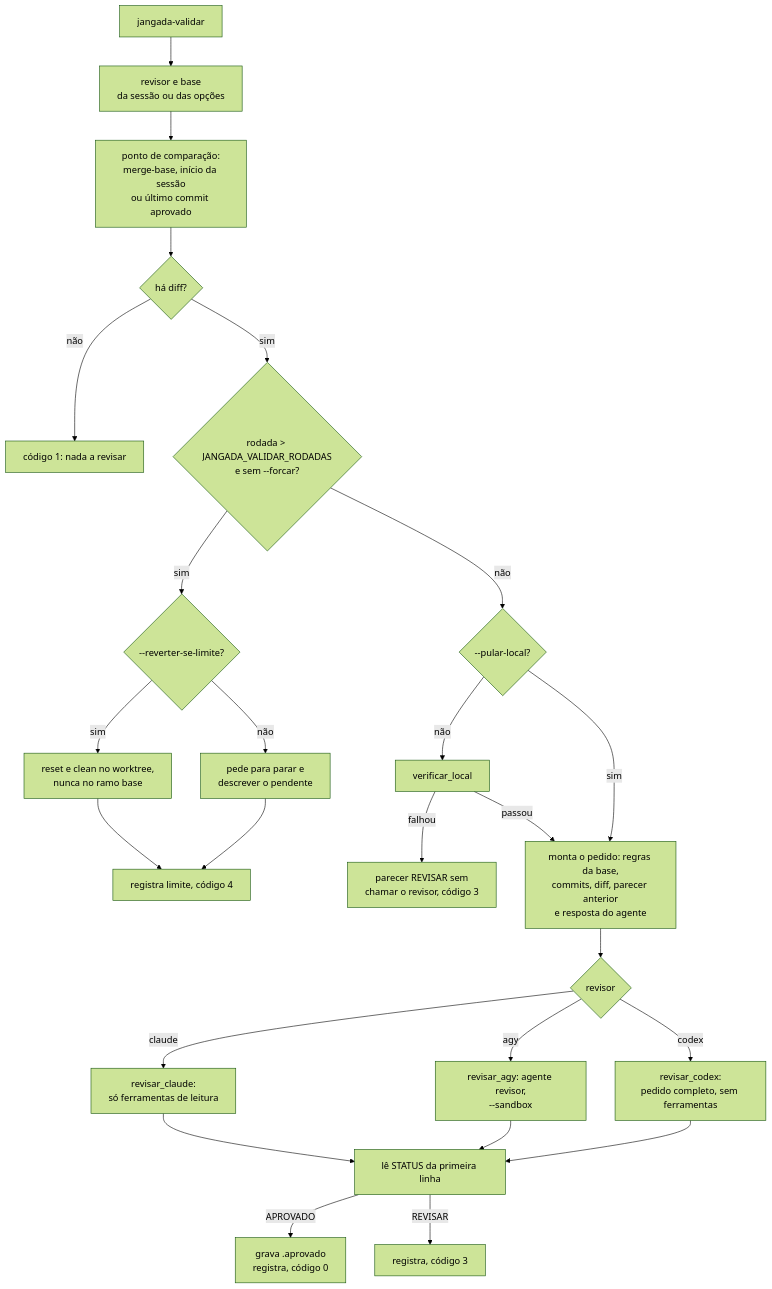
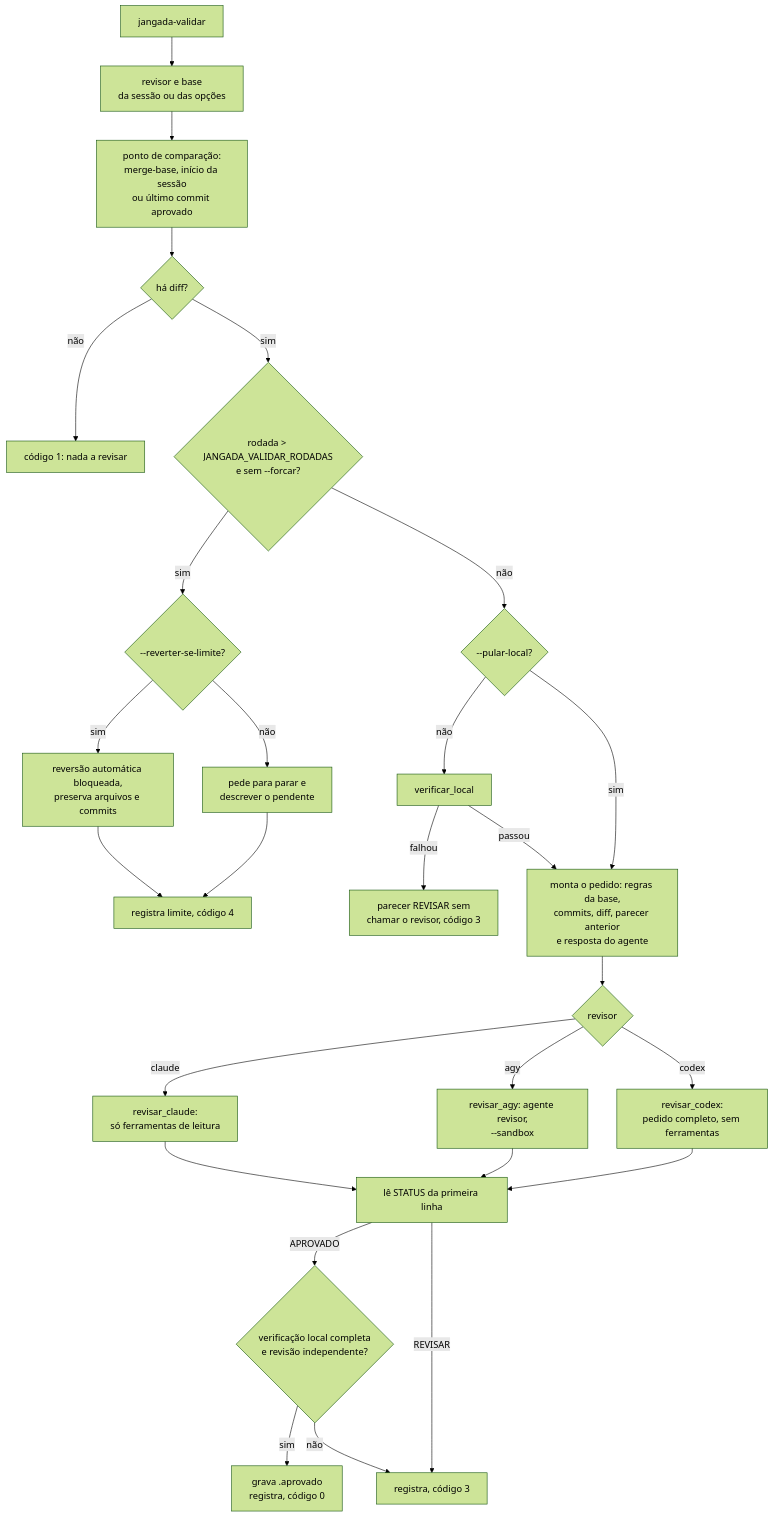
Before and after one commit to felipintoslv/jangada: the third of 3 diagrams in docs/ciclo-da-tarefa.md, drawn with Mermaid (forest theme). The commit also changed other lines of this file and 11 other files, not shown here.

````diff
--- a/docs/ciclo-da-tarefa.md
+++ b/docs/ciclo-da-tarefa.md
@@ -87,27 +89,29 @@
 ```mermaid
 flowchart TD
     A[jangada-validar] --> B[revisor e base<br>da sessão ou das opções]
     B --> C[ponto de comparação:<br>merge-base, início da sessão<br>ou último commit aprovado]
     C --> D{há diff?}
     D -- não --> X1[código 1: nada a revisar]
     D -- sim --> E{rodada > JANGADA_VALIDAR_RODADAS<br>e sem --forcar?}
     E -- sim --> R{--reverter-se-limite?}
-    R -- sim --> R1[reset e clean no worktree,<br>nunca no ramo base]
+    R -- sim --> R1[reversão automática bloqueada,<br>preserva arquivos e commits]
     R -- não --> R2[pede para parar e<br>descrever o pendente]
     R1 --> X4[registra limite, código 4]
     R2 --> X4
     E -- não --> F{--pular-local?}
     F -- não --> G[verificar_local]
     G -- falhou --> X3[parecer REVISAR sem<br>chamar o revisor, código 3]
     G -- passou --> H
     F -- sim --> H[monta o pedido: regras da base,<br>commits, diff, parecer anterior<br>e resposta do agente]
     H --> I{revisor}
     I -- claude --> J[revisar_claude:<br>só ferramentas de leitura]
     I -- agy --> K[revisar_agy: agente revisor,<br>--sandbox]
     I -- codex --> O[revisar_codex:<br>pedido completo, sem ferramentas]
     J --> L[lê STATUS da primeira linha]
     K --> L
     O --> L
-    L -- APROVADO --> M[grava .aprovado<br>registra, código 0]
+    L -- APROVADO --> P{verificação local completa<br>e revisão independente?}
+    P -- sim --> M[grava .aprovado<br>registra, código 0]
+    P -- não --> N
     L -- REVISAR --> N[registra, código 3]
 ```
````
